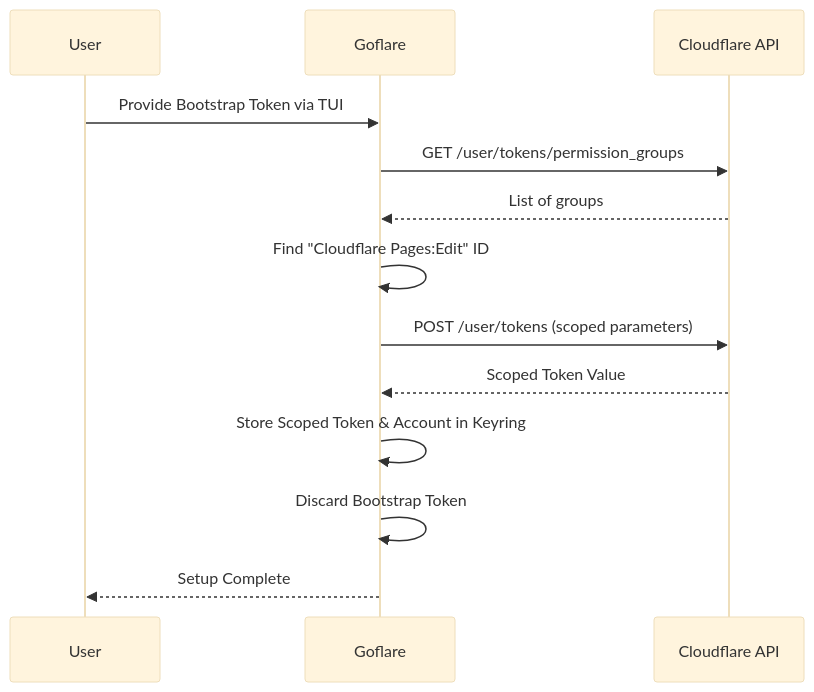
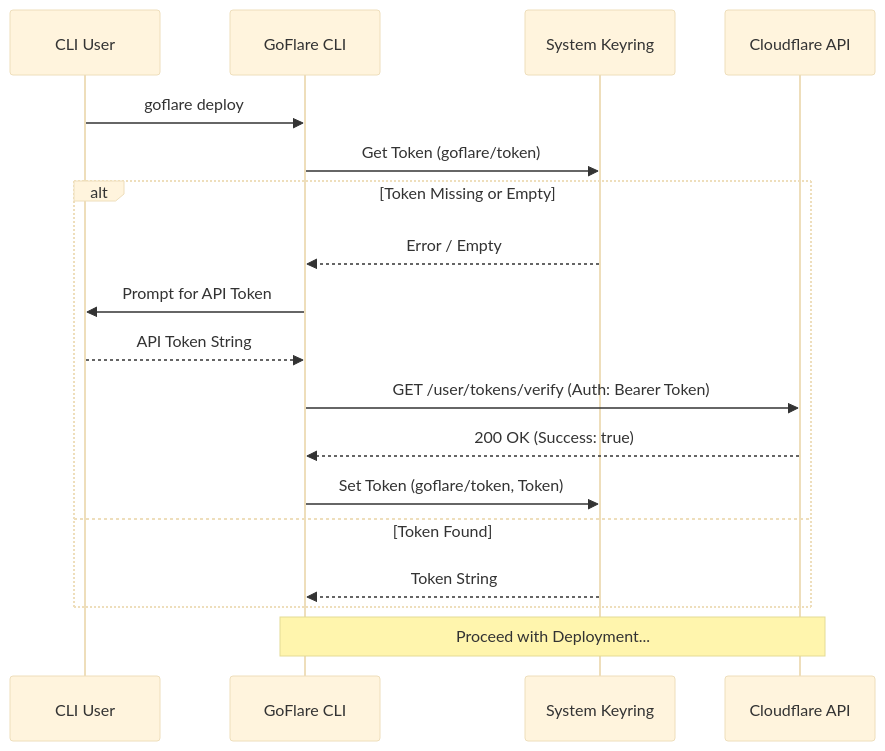
One commit to tinywasm/goflare changed the diagram in docs/diagrams/AUTH_FLOW.md. Above: the diagram before and after it, drawn with Mermaid (base theme). The commit also changed other lines of this file and 26 other files, not shown here.

````diff
--- a/docs/diagrams/AUTH_FLOW.md
+++ b/docs/diagrams/AUTH_FLOW.md
@@ -3,16 +5,23 @@
 ```mermaid
 sequenceDiagram
-    participant User
-    participant Goflare
+    participant User as CLI User
+    participant Goflare as GoFlare CLI
+    participant Keyring as System Keyring
     participant CF as Cloudflare API
+
+    User->>Goflare: goflare deploy
+    Goflare->>Keyring: Get Token (goflare/token)
     
-    User->>Goflare: Provide Bootstrap Token via TUI
-    Goflare->>CF: GET /user/tokens/permission_groups
-    CF-->>Goflare: List of groups
-    Goflare->>Goflare: Find "Cloudflare Pages:Edit" ID
-    Goflare->>CF: POST /user/tokens (scoped parameters)
-    CF-->>Goflare: Scoped Token Value
-    Goflare->>Goflare: Store Scoped Token & Account in Keyring
-    Goflare->>Goflare: Discard Bootstrap Token
-    Goflare-->>User: Setup Complete
+    alt Token Missing or Empty
+        Keyring-->>Goflare: Error / Empty
+        Goflare->>User: Prompt for API Token
+        User-->>Goflare: API Token String
+        Goflare->>CF: GET /user/tokens/verify (Auth: Bearer Token)
+        CF-->>Goflare: 200 OK (Success: true)
+        Goflare->>Keyring: Set Token (goflare/token, Token)
+    else Token Found
+        Keyring-->>Goflare: Token String
+    end
+
+    Note over Goflare,CF: Proceed with Deployment...
 ```
````
